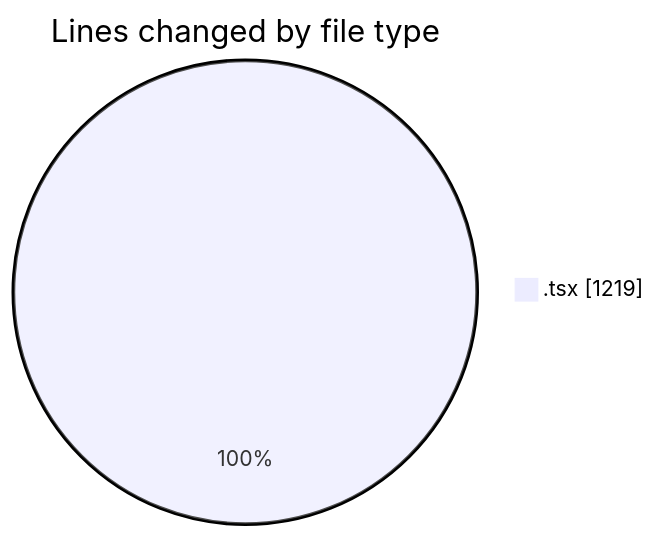
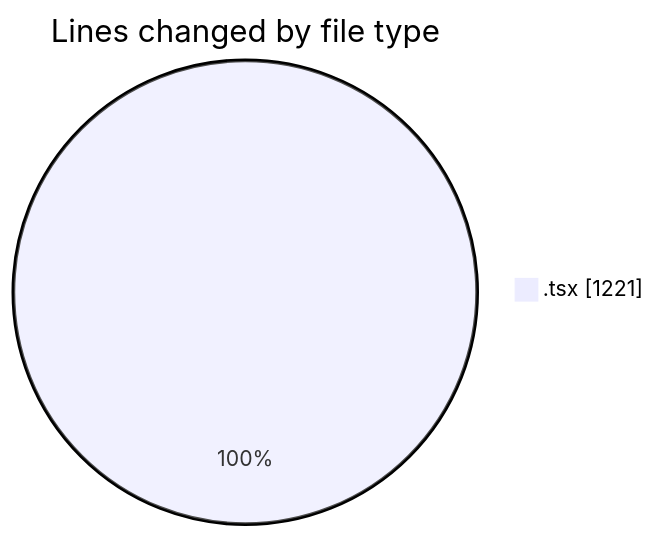
One commit to JenPaints/code-tracking changed the first of 2 diagrams in 2025-06-25/archive/README.md. Above: the diagram before and after it, drawn with Mermaid. The commit also changed other lines of this file and 1 other file, not shown here.

````diff
--- a/2025-06-25/archive/README.md
+++ b/2025-06-25/archive/README.md
@@ -22,5 +22,5 @@
 ```mermaid
 pie showData
 title Lines changed by file type
-".tsx" : 1219
+".tsx" : 1221
 ```
````
